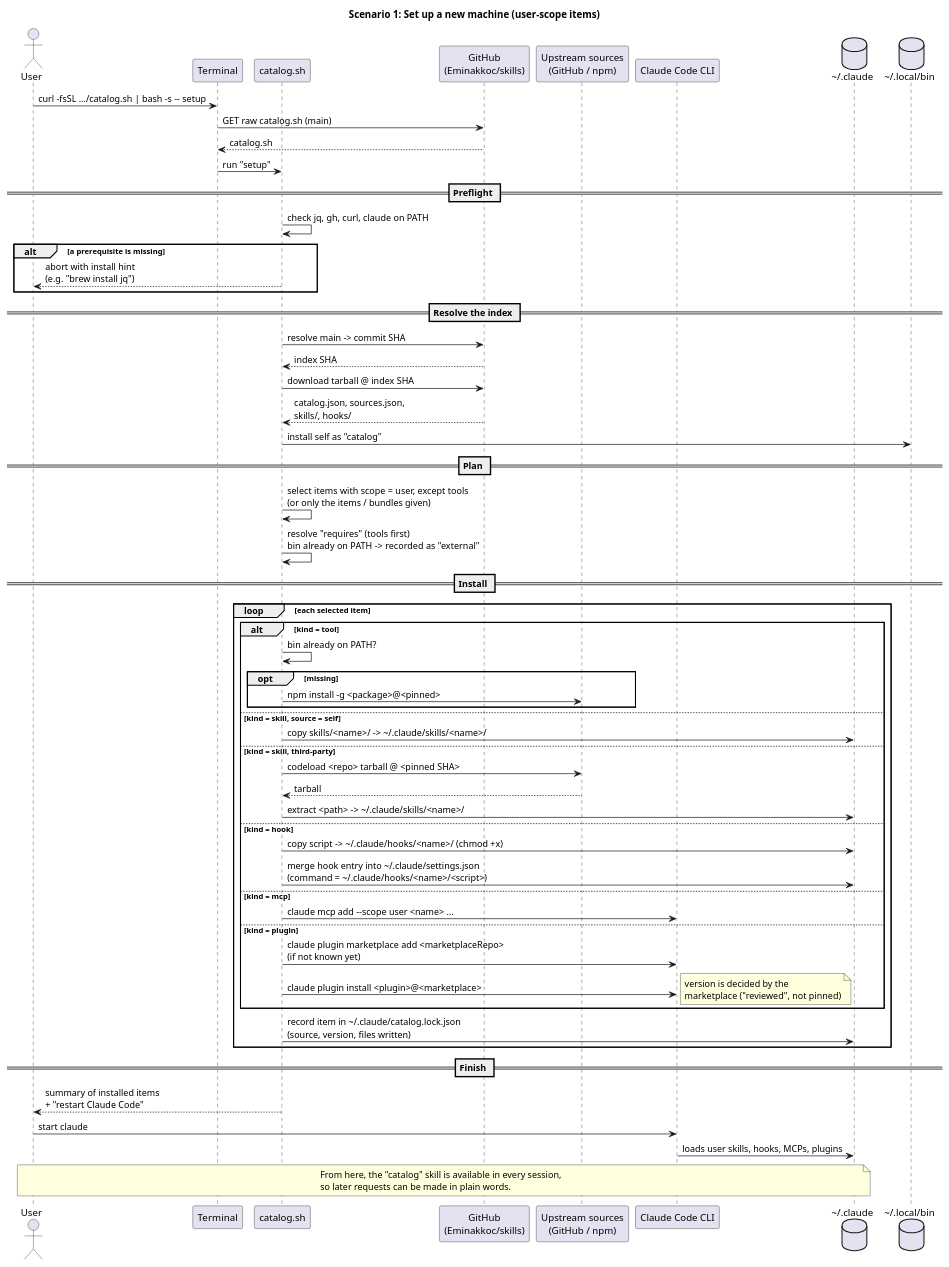
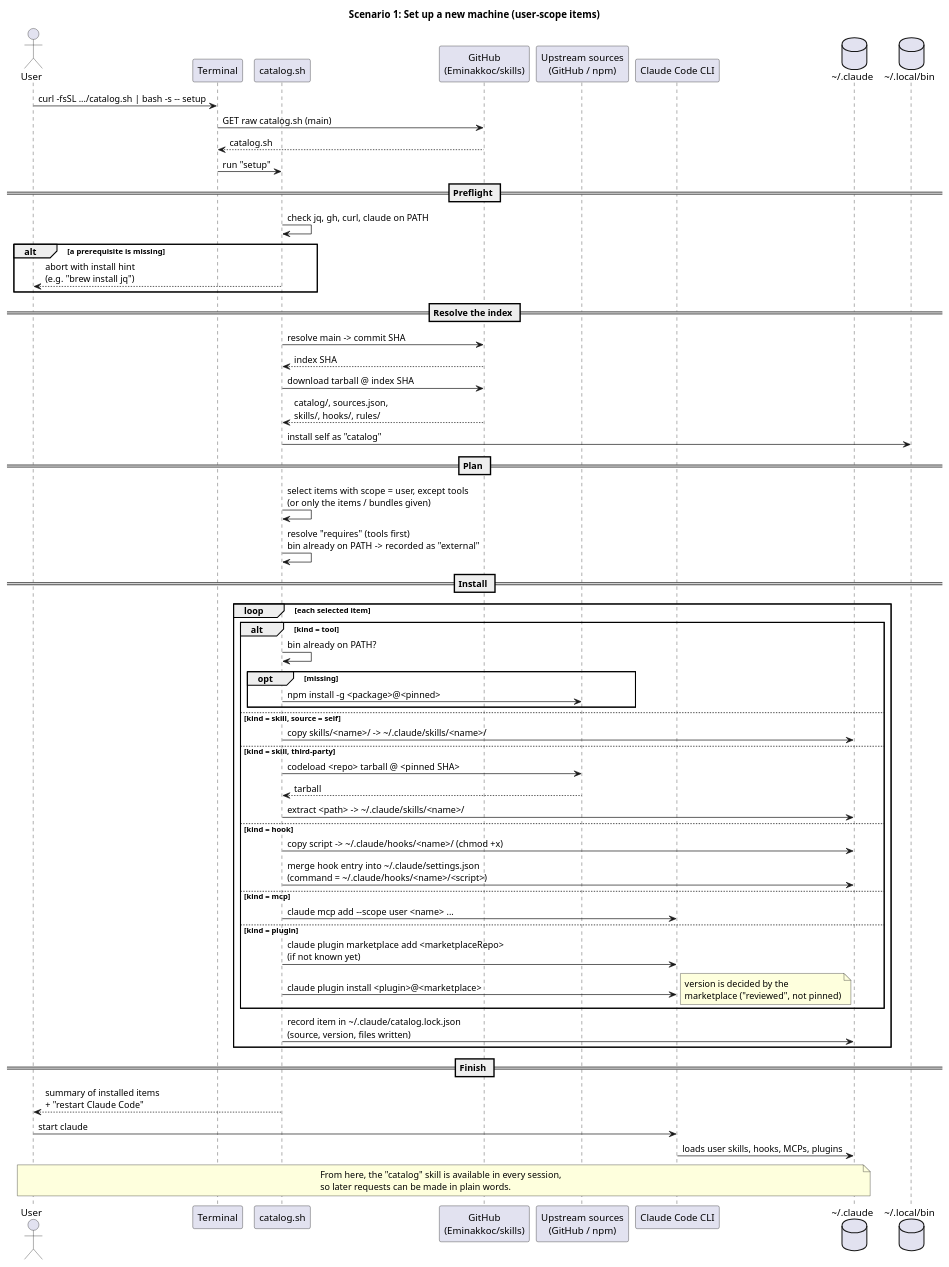
Before and after one commit to Eminakkoc/skills: the diagram in docs/diagrams/01-new-machine-setup.puml, drawn with PlantUML. The commit also changed 33 other files, not shown here.

First line of the commit message:
Split catalog.json into one file per item and per bundle

```diff
--- a/docs/diagrams/01-new-machine-setup.puml
+++ b/docs/diagrams/01-new-machine-setup.puml
@@ -1,69 +1,69 @@
 @startuml 01-new-machine-setup
 title Scenario 1: Set up a new machine (user-scope items)
 
 actor User
 participant "Terminal" as Term
 participant "catalog.sh" as Cat
 participant "GitHub\n(Eminakkoc/skills)" as Index
 participant "Upstream sources\n(GitHub / npm)" as Up
 participant "Claude Code CLI" as CC
 database "<U+007E>/.claude" as Home
 database "<U+007E>/.local/bin" as Bin
 
 User -> Term : curl -fsSL .../catalog.sh | bash -s -- setup
 Term -> Index : GET raw catalog.sh (main)
 Index --> Term : catalog.sh
 Term -> Cat : run "setup"
 
 == Preflight ==
 Cat -> Cat : check jq, gh, curl, claude on PATH
 alt a prerequisite is missing
   Cat --> User : abort with install hint\n(e.g. "brew install jq")
 end
 
 == Resolve the index ==
 Cat -> Index : resolve main -> commit SHA
 Index --> Cat : index SHA
 Cat -> Index : download tarball @ index SHA
-Index --> Cat : catalog.json, sources.json,\nskills/, hooks/
+Index --> Cat : catalog/, sources.json,\nskills/, hooks/, rules/
 Cat -> Bin : install self as "catalog"
 
 == Plan ==
 Cat -> Cat : select items with scope = user, except tools\n(or only the items / bundles given)
 Cat -> Cat : resolve "requires" (tools first)\nbin already on PATH -> recorded as "external"
 
 == Install ==
 loop each selected item
   alt kind = tool
     Cat -> Cat : bin already on PATH?
     opt missing
       Cat -> Up : npm install -g <package>@<pinned>
     end
   else kind = skill, source = self
     Cat -> Home : copy skills/<name>/ -> <U+007E>/.claude/skills/<name>/
   else kind = skill, third-party
     Cat -> Up : codeload <repo> tarball @ <pinned SHA>
     Up --> Cat : tarball
     Cat -> Home : extract <path> -> <U+007E>/.claude/skills/<name>/
   else kind = hook
     Cat -> Home : copy script -> <U+007E>/.claude/hooks/<name>/ (chmod +x)
     Cat -> Home : merge hook entry into <U+007E>/.claude/settings.json\n(command = <U+007E>/.claude/hooks/<name>/<script>)
   else kind = mcp
     Cat -> CC : claude mcp add --scope user <name> ...
   else kind = plugin
     Cat -> CC : claude plugin marketplace add <marketplaceRepo>\n(if not known yet)
     Cat -> CC : claude plugin install <plugin>@<marketplace>
     note right : version is decided by the\nmarketplace ("reviewed", not pinned)
   end
   Cat -> Home : record item in <U+007E>/.claude/catalog.lock.json\n(source, version, files written)
 end
 
 == Finish ==
 Cat --> User : summary of installed items\n+ "restart Claude Code"
 User -> CC : start claude
 CC -> Home : loads user skills, hooks, MCPs, plugins
 note over User, Home
   From here, the "catalog" skill is available in every session,
   so later requests can be made in plain words.
 end note
 @enduml
```
